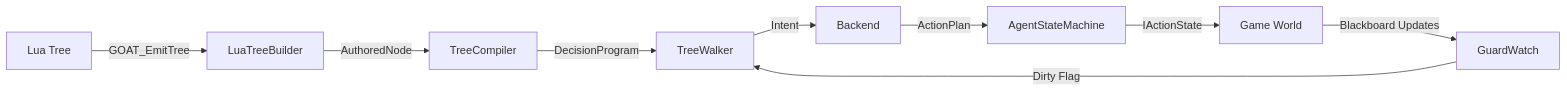
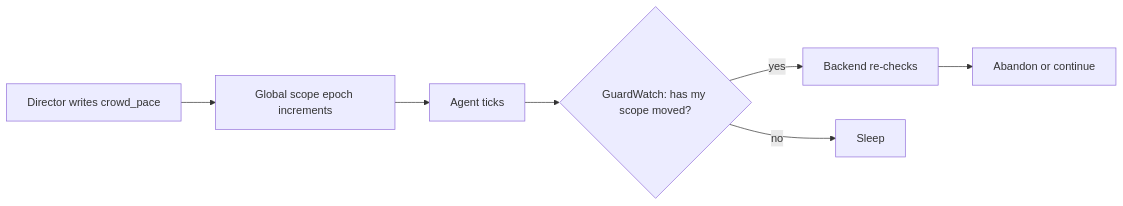
The second of 2 diagrams in Docs/01 - Architecture/Data Flow.md (jabbadablack/G.O.A.T), drawn with Mermaid before and after one commit. The commit also changed other lines of this file and 1 other file, not shown here.

Commit message:
Rewrite the pipeline and the backend guide

````diff
--- a/Docs/01 - Architecture/Data Flow.md
+++ b/Docs/01 - Architecture/Data Flow.md
@@ -405,11 +153,9 @@
 ```mermaid
 flowchart LR
-    A[Lua Tree] -->|GOAT_EmitTree| B[LuaTreeBuilder]
-    B -->|AuthoredNode| C[TreeCompiler]
-    C -->|DecisionProgram| D[TreeWalker]
-    D -->|Intent| E[Backend]
-    E -->|ActionPlan| F[AgentStateMachine]
-    F -->|IActionState| G[Game World]
-    G -->|Blackboard Updates| H[GuardWatch]
-    H -->|Dirty Flag| D
+    A[Director writes crowd_pace] --> B[Global scope epoch increments]
+    B --> C[Agent ticks]
+    C --> D{GuardWatch: has my scope moved?}
+    D -->|yes| E[Backend re-checks]
+    E --> F[Abandon or continue]
+    D -->|no| G[Sleep]
 ```
````
